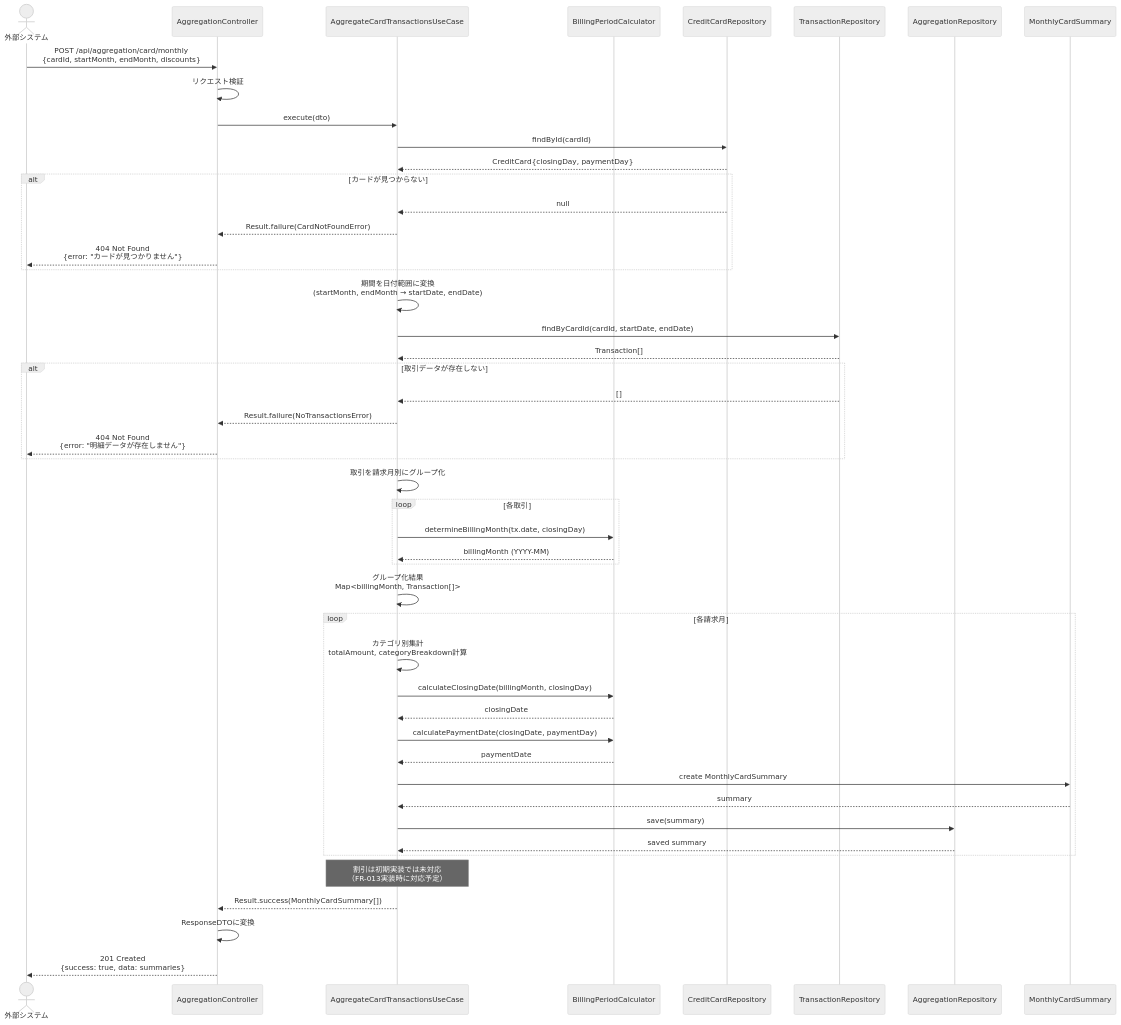
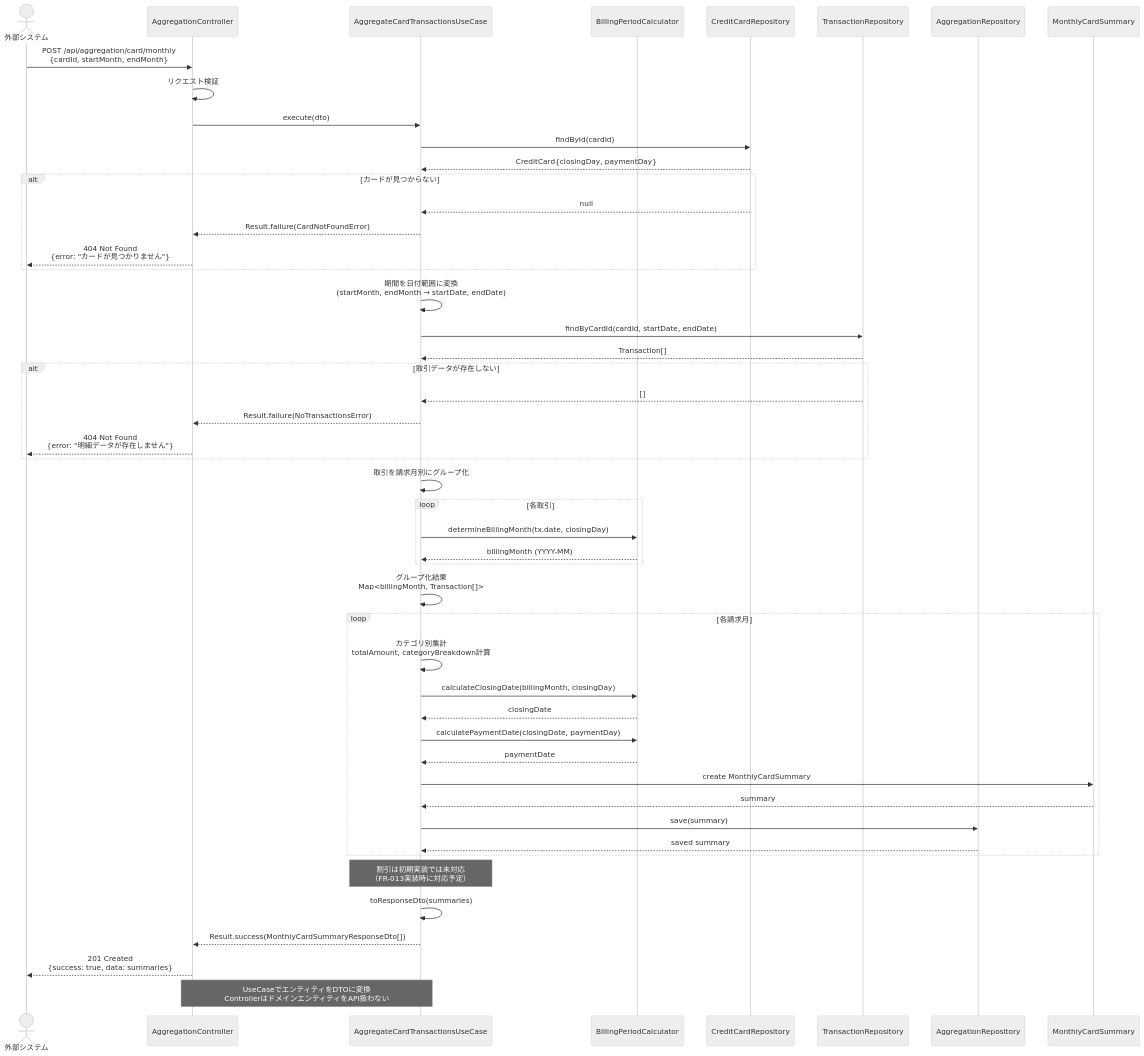
The first of 11 diagrams in docs/detailed-design/FR-012_credit-card-monthly-aggregation/sequence-diagrams.md (kencom2400/account-book), drawn with Mermaid (neutral theme) before and after one commit. The commit also changed other lines of this file and 2 other files, not shown here.

Commit message:
fix(design): Geminiレビュー2回目対応 - 全7件の指摘を修正
High優先度（2件）:
1. UseCaseからControllerへのエンティティ直接返却を修正
   - UseCaseでエンティティをDTOに変換してから返却
   - toResponseDto()メソッドを追加
   - class-diagrams.md、sequence-diagrams.mdを修正

2. Mermaid記法のジェネリクス表記を標準化
   - Promise~Type~ → Promise<Type>に変更
   - すべてのクラス図で統一

Medium優先度（5件）:
3. Domain層からdiscounts/DiscountType削除
   - FR-013対応予定機能を削除
   - MonthlyCardSummaryからdiscountsフィールド削除
   - addDiscount()メソッド削除

4. DTOとRequestDTOからdiscounts削除
   - 一貫性を保つため削除

5. cURLの例からdiscounts削除
   - FR-013対応予定のため削除

6. シーケンス図のリクエストからdiscounts削除
   - 一貫性を保つため削除

7. エラーハンドリングのレスポンス修正
   - API-->>User に修正
   - 共通エラー形式に統一（success: false追加）

関連Issue: #33
関連PR: #323

````diff
--- a/docs/detailed-design/FR-012_credit-card-monthly-aggregation/sequence-diagrams.md
+++ b/docs/detailed-design/FR-012_credit-card-monthly-aggregation/sequence-diagrams.md
@@ -35,65 +35,67 @@
 ```mermaid
 sequenceDiagram
     actor User as 外部システム
     participant API as AggregationController
     participant UC as AggregateCardTransactionsUseCase
     participant Calc as BillingPeriodCalculator
     participant CardRepo as CreditCardRepository
     participant TxRepo as TransactionRepository
     participant AggRepo as AggregationRepository
     participant Entity as MonthlyCardSummary
 
-    User->>API: POST /api/aggregation/card/monthly<br/>{cardId, startMonth, endMonth, discounts}
+    User->>API: POST /api/aggregation/card/monthly<br/>{cardId, startMonth, endMonth}
 
     API->>API: リクエスト検証
     API->>UC: execute(dto)
 
     UC->>CardRepo: findById(cardId)
     CardRepo-->>UC: CreditCard{closingDay, paymentDay}
 
     alt カードが見つからない
         CardRepo-->>UC: null
         UC-->>API: Result.failure(CardNotFoundError)
         API-->>User: 404 Not Found<br/>{error: "カードが見つかりません"}
     end
 
     UC->>UC: 期間を日付範囲に変換<br/>(startMonth, endMonth → startDate, endDate)
     UC->>TxRepo: findByCardId(cardId, startDate, endDate)
     TxRepo-->>UC: Transaction[]
 
     alt 取引データが存在しない
         TxRepo-->>UC: []
         UC-->>API: Result.failure(NoTransactionsError)
         API-->>User: 404 Not Found<br/>{error: "明細データが存在しません"}
     end
 
     UC->>UC: 取引を請求月別にグループ化
     loop 各取引
         UC->>Calc: determineBillingMonth(tx.date, closingDay)
         Calc-->>UC: billingMonth (YYYY-MM)
     end
 
     UC->>UC: グループ化結果<br/>Map<billingMonth, Transaction[]>
 
     loop 各請求月
         UC->>UC: カテゴリ別集計<br/>totalAmount, categoryBreakdown計算
 
         UC->>Calc: calculateClosingDate(billingMonth, closingDay)
         Calc-->>UC: closingDate
 
         UC->>Calc: calculatePaymentDate(closingDate, paymentDay)
         Calc-->>UC: paymentDate
 
         UC->>Entity: create MonthlyCardSummary
         Entity-->>UC: summary
 
         UC->>AggRepo: save(summary)
         AggRepo-->>UC: saved summary
     end
 
     Note over UC: 割引は初期実装では未対応<br/>（FR-013実装時に対応予定）
 
-    UC-->>API: Result.success(MonthlyCardSummary[])
-    API->>API: ResponseDTOに変換
+    UC->>UC: toResponseDto(summaries)
+    UC-->>API: Result.success(MonthlyCardSummaryResponseDto[])
     API-->>User: 201 Created<br/>{success: true, data: summaries}
+
+    Note over UC,API: UseCaseでエンティティをDTOに変換<br/>ControllerはドメインエンティティをAPI扱わない
 ```
````
